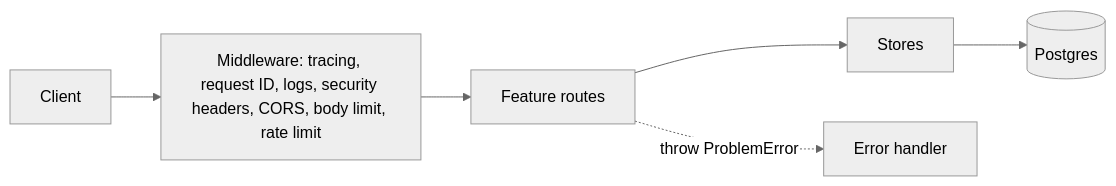
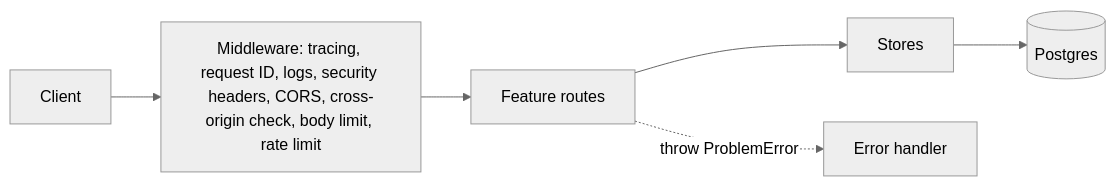
Before and after one commit to opikdev/api-hono-starter: the diagram in docs/architecture.md, drawn with Mermaid (neutral theme). The commit also changed other lines of this file and 21 other files, not shown here.

````diff
--- a/docs/architecture.md
+++ b/docs/architecture.md
@@ -3,8 +3,8 @@
 ```mermaid
 flowchart LR
-  C[Client] --> M["Middleware: tracing, request ID, logs, security headers, CORS, body limit, rate limit"]
+  C[Client] --> M["Middleware: tracing, request ID, logs, security headers, CORS, cross-origin check, body limit, rate limit"]
   M --> R["Feature routes"]
   R --> S["Stores"]
   S --> P[(Postgres)]
   R -. "throw ProblemError" .-> E["Error handler"]
 ```
````
